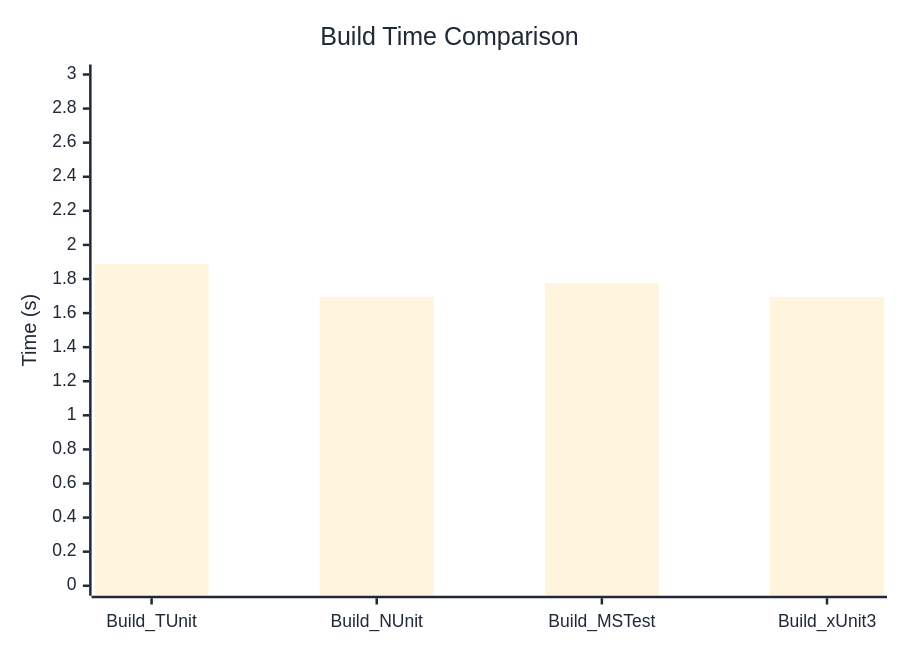
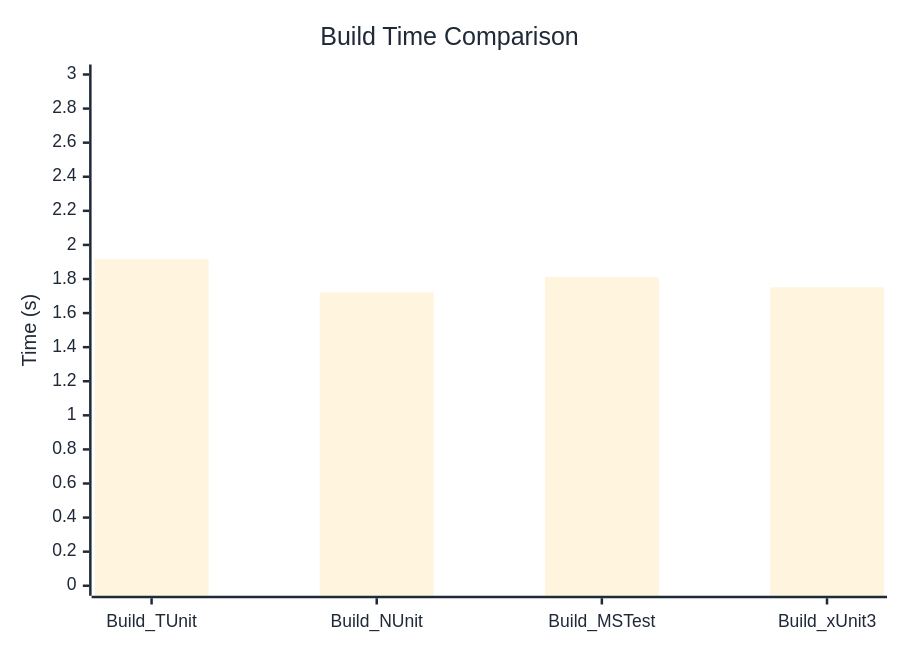
Before and after one commit to thomhurst/TUnit: the diagram in docs/docs/benchmarks/BuildTime.md, drawn with Mermaid. The commit also changed other lines of this file and 17 other files, not shown here.

````diff
--- a/docs/docs/benchmarks/BuildTime.md
+++ b/docs/docs/benchmarks/BuildTime.md
@@ -28,37 +28,37 @@
 ```mermaid
 %%{init: {
   'theme':'base',
   'themeVariables': {
     'primaryColor': '#2563eb',
     'primaryTextColor': '#1f2937',
     'primaryBorderColor': '#1e40af',
     'lineColor': '#6b7280',
     'secondaryColor': '#7c3aed',
     'tertiaryColor': '#dc2626',
     'background': '#ffffff',
     'mainBkg': '#2563eb',
     'secondBkg': '#7c3aed',
     'tertiaryBkg': '#dc2626',
     'clusterBkg': '#f3f4f6',
     'edgeLabelBackground': '#ffffff',
     'tertiaryTextColor': '#1f2937',
     'pie1': '#2563eb',
     'pie2': '#7c3aed',
     'pie3': '#dc2626',
     'pie4': '#f59e0b',
     'pie5': '#10b981',
     'pie6': '#06b6d4',
     'pie7': '#ec4899',
     'pie8': '#6366f1',
     'pie9': '#84cc16',
     'pie10': '#f97316',
     'pie11': '#14b8a6',
     'pie12': '#a855f7'
   }
 }}%%
 xychart-beta
   title "Build Time Comparison"
   x-axis ["Build_TUnit", "Build_NUnit", "Build_MSTest", "Build_xUnit3"]
   y-axis "Time (s)" 0 --> 3
-  bar [1.889, 1.695, 1.776, 1.694]
+  bar [1.917, 1.722, 1.812, 1.751]
 ```
````
